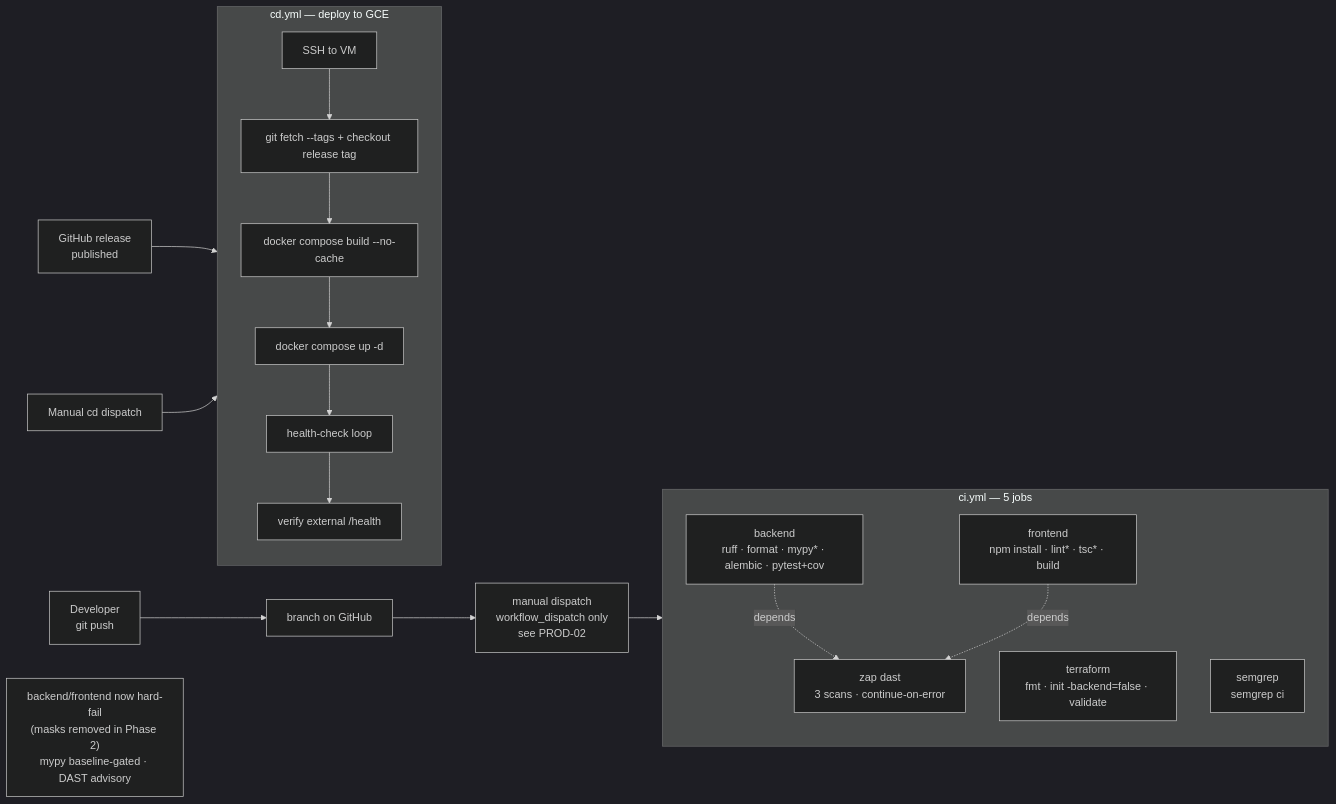
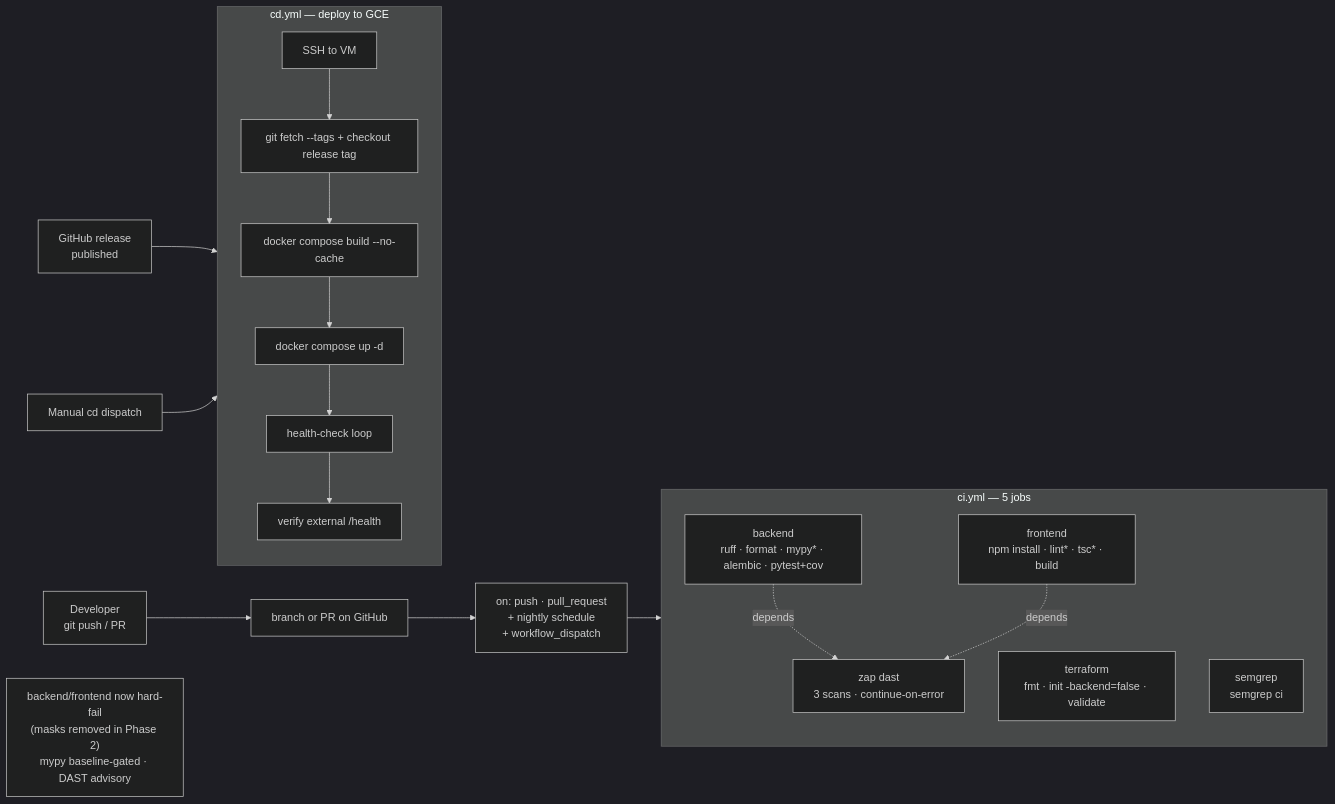
Before and after one commit to Cyber-Solutions-MD/getvul: the diagram in docs/12-pipelines-cicd.md, drawn with Mermaid (dark theme). The commit also changed other lines of this file, not shown here.

````diff
--- a/docs/12-pipelines-cicd.md
+++ b/docs/12-pipelines-cicd.md
@@ -7,30 +7,30 @@
 ```mermaid
 flowchart LR
-    DEV[Developer<br/>git push] --> BR[branch on GitHub]
-    BR --> WD[manual dispatch<br/>workflow_dispatch only<br/>see PROD-02]
-    WD --> CI
+    DEV[Developer<br/>git push / PR] --> BR[branch or PR on GitHub]
+    BR --> TR[on: push · pull_request<br/>+ nightly schedule<br/>+ workflow_dispatch]
+    TR --> CI
 
     subgraph CI [ci.yml — 5 jobs]
         BE[backend<br/>ruff · format · mypy* · alembic · pytest+cov]
         FE[frontend<br/>npm install · lint* · tsc* · build]
         TF[terraform<br/>fmt · init -backend=false · validate]
         SAST[semgrep<br/>semgrep ci]
         DAST[zap dast<br/>3 scans · continue-on-error]
         BE & FE -.depends.-> DAST
     end
 
     REL[GitHub release<br/>published] --> CD
     MANUAL[Manual cd dispatch] --> CD
 
     subgraph CD [cd.yml — deploy to GCE]
         SSH[SSH to VM]
         PULL[git fetch --tags + checkout release tag]
         BUILD[docker compose build --no-cache]
         UP[docker compose up -d]
         HC[health-check loop]
         VER[verify external /health]
         SSH --> PULL --> BUILD --> UP --> HC --> VER
     end
 
     note["backend/frontend now hard-fail<br/>(masks removed in Phase 2)<br/>mypy baseline-gated · DAST advisory"]
 ```
````
